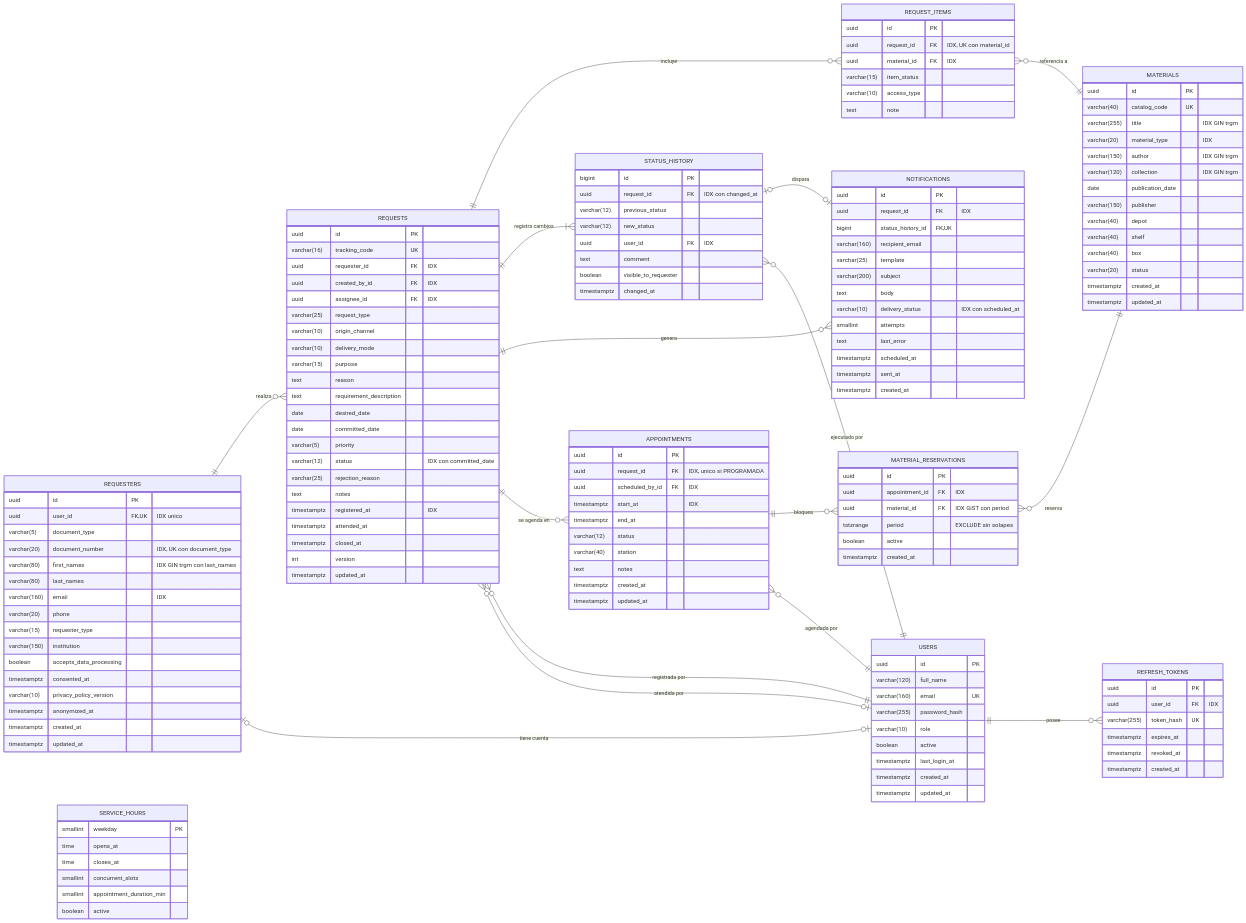
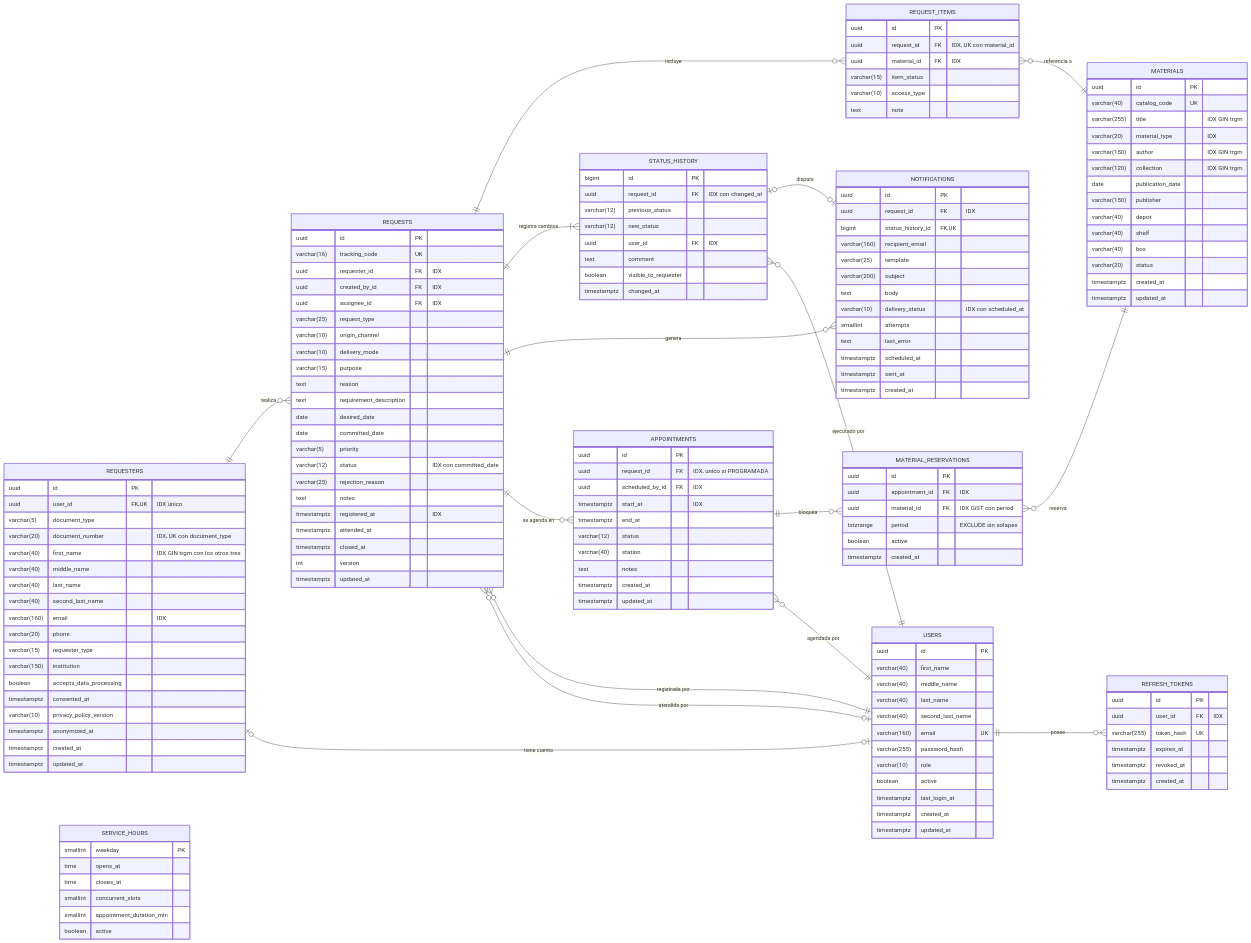
The third of 3 diagrams in docs/modelo-datos.md (bryanmg20/Trackhive), drawn with Mermaid before and after one commit. The commit also changed other lines of this file and 1 other file, not shown here.

First line of the commit message:
docs: actualiza los campos del nombre en el modelo de datos y el README del front

```diff
--- a/docs/modelo-datos.md
+++ b/docs/modelo-datos.md
@@ -180,8 +182,10 @@
         uuid user_id FK, UK "IDX unico"
         varchar(5) document_type
         varchar(20) document_number "IDX, UK con document_type"
-        varchar(80) first_names "IDX GIN trgm con last_names"
-        varchar(80) last_names
+        varchar(40) first_name "IDX GIN trgm con los otros tres"
+        varchar(40) middle_name
+        varchar(40) last_name
+        varchar(40) second_last_name
         varchar(160) email "IDX"
         varchar(20) phone
         varchar(15) requester_type
@@ -288,7 +292,10 @@
     }
     USERS {
         uuid id PK
-        varchar(120) full_name
+        varchar(40) first_name
+        varchar(40) middle_name
+        varchar(40) last_name
+        varchar(40) second_last_name
         varchar(160) email UK
         varchar(255) password_hash
         varchar(10) role
```
